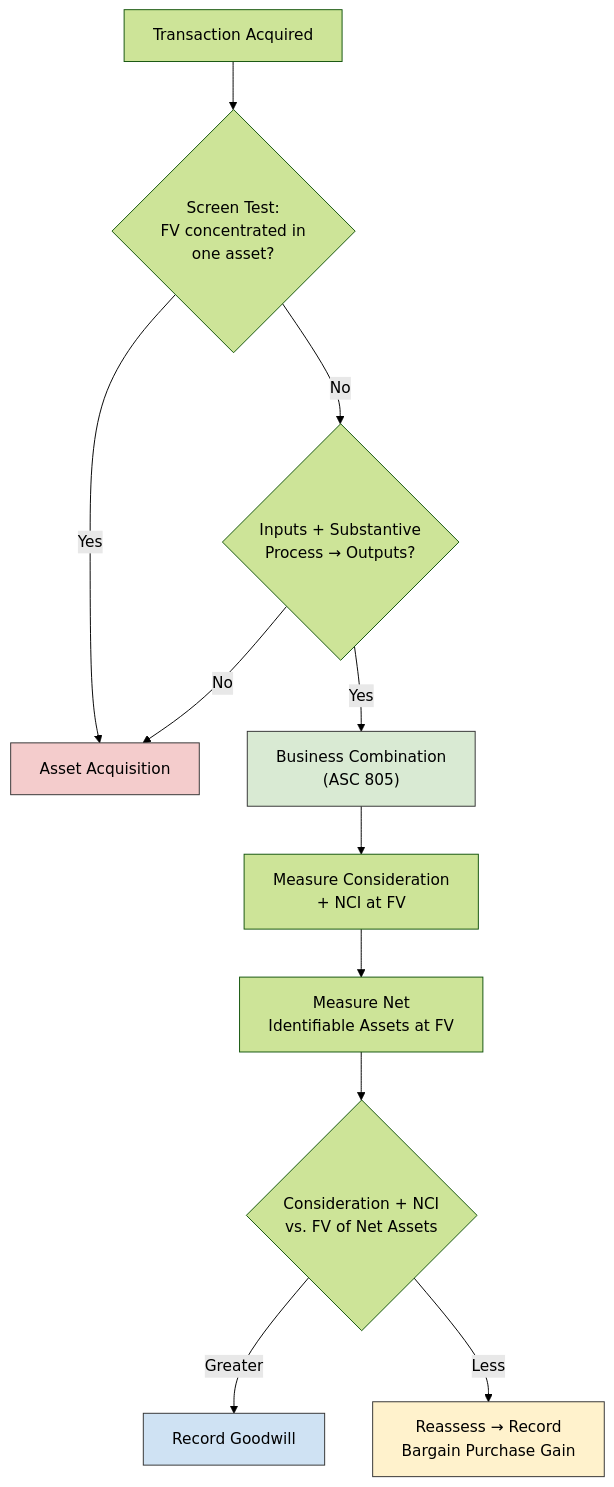
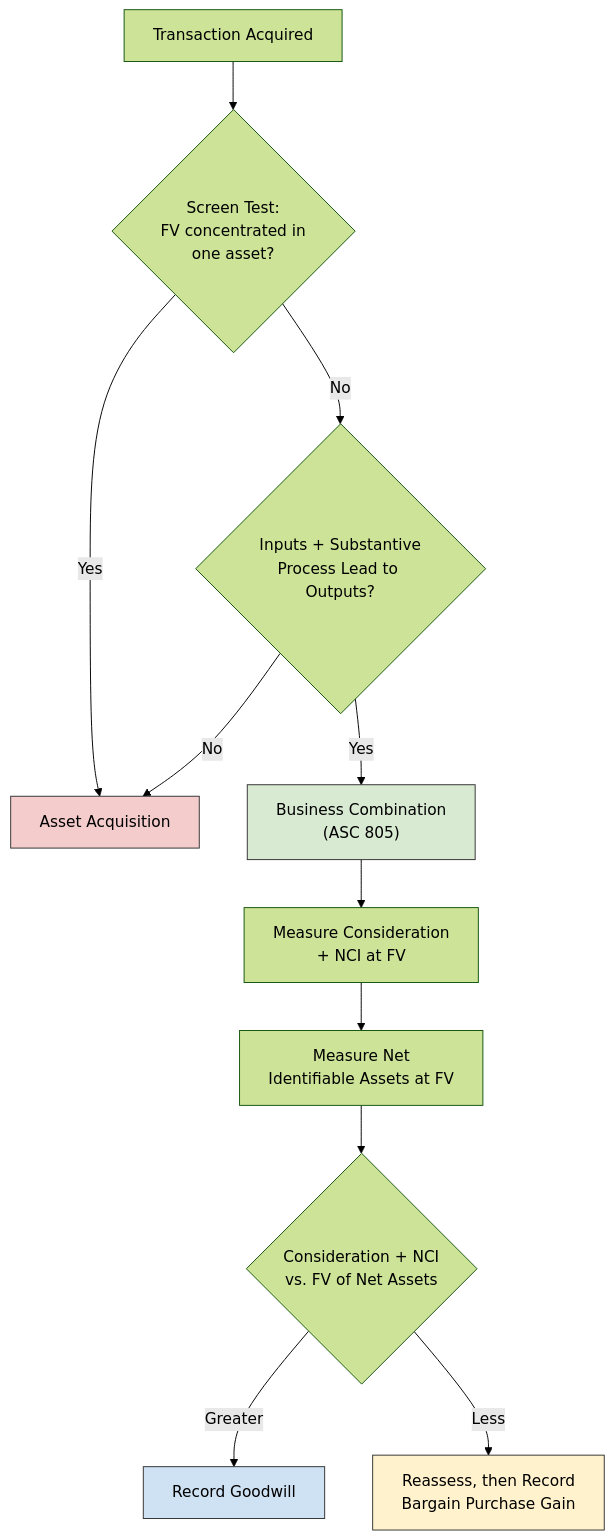
Before and after one commit to subwaymatch/cpabear-book: the fourth of 4 diagrams in docs/bar/technical-accounting-combinations-and-reporting/business-combinations.md, drawn with Mermaid (forest theme). The commit also changed other lines of this file and 222 other files, not shown here.

````diff
--- a/docs/bar/technical-accounting-combinations-and-reporting/business-combinations.md
+++ b/docs/bar/technical-accounting-combinations-and-reporting/business-combinations.md
@@ -576,17 +576,17 @@
 ```mermaid
 graph TD
     A["Transaction Acquired"] --> B{"Screen Test:<br/>FV concentrated in<br/>one asset?"}
     B -->|Yes| C["Asset Acquisition"]
-    B -->|No| D{"Inputs + Substantive<br/>Process → Outputs?"}
+    B -->|No| D{"Inputs + Substantive<br/>Process Lead to Outputs?"}
     D -->|No| C
     D -->|Yes| E["Business Combination<br/>(ASC 805)"]
     E --> F["Measure Consideration<br/>+ NCI at FV"]
     F --> G["Measure Net<br/>Identifiable Assets at FV"]
     G --> H{"Consideration + NCI<br/>vs. FV of Net Assets"}
     H -->|"Greater"| I["Record Goodwill"]
-    H -->|"Less"| J["Reassess → Record<br/>Bargain Purchase Gain"]
+    H -->|"Less"| J["Reassess, then Record<br/>Bargain Purchase Gain"]
     style C fill:#f4cccc,stroke:#333
     style E fill:#d9ead3,stroke:#333
     style I fill:#cfe2f3,stroke:#333
     style J fill:#fff2cc,stroke:#333
 ```
````
